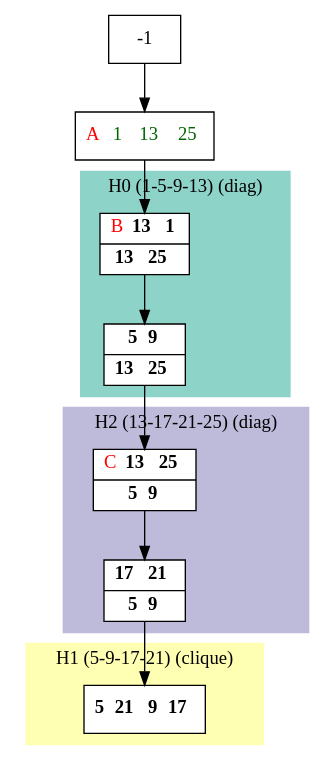
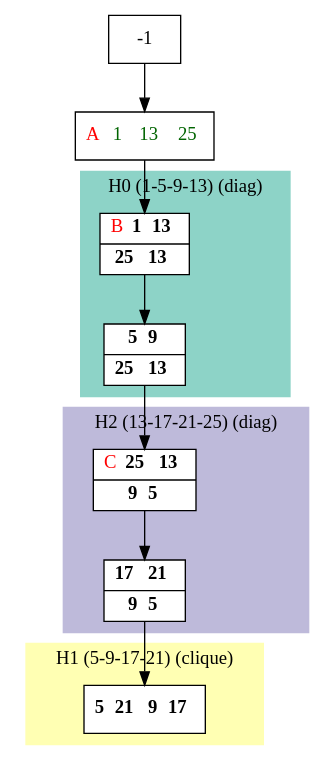
Before and after one commit to bmarchand/auto-dp: the diagram in results/compact_dot_files/compact_K.dot, drawn with Graphviz. The commit also changed 348 other files, not shown here.

```diff
--- a/results/compact_dot_files/compact_K.dot
+++ b/results/compact_dot_files/compact_K.dot
@@ -1,37 +1,37 @@
 digraph G {
     node [shape=box];
     subgraph cluster0 {
         node [style=filled,fillcolor=white];
         labeljust="l";
         style=filled;
         color="#8DD3C7";
         H0_0 -> H0_7;
         label="H0 (1-5-9-13) (diag)";
     }
     subgraph cluster1 {
         node [style=filled,fillcolor=white];
         labeljust="l";
         style=filled;
         color="#FFFFB3";
         H1_0;
         label="H1 (5-9-17-21) (clique)";
     }
     subgraph cluster2 {
         node [style=filled,fillcolor=white];
         labeljust="l";
         style=filled;
         color="#BEBADA";
         H2_0 -> H2_7;
         label="H2 (13-17-21-25) (diag)";
     }
      1 [shape=record,label= <{  <FONT COLOR="RED">A</FONT>  <FONT COLOR="DARKGREEN">1</FONT>  <FONT COLOR="DARKGREEN">13</FONT>  <FONT COLOR="DARKGREEN">25</FONT>}> ];
      -1  ->  1;
-     H0_0 [shape=record,label= <{  <FONT COLOR="RED">B</FONT> <b>13</b> <b>1</b>|  <b>13</b> <b>25</b>}> ];
+     H0_0 [shape=record,label= <{  <FONT COLOR="RED">B</FONT> <b>1</b> <b>13</b>|  <b>25</b> <b>13</b>}> ];
      1  ->  H0_0;
-     H0_7 [shape=record,label= <{ <b>5</b> <b>9</b>|  <b>13</b> <b>25</b>}> ];
-     H2_0 [shape=record,label= <{  <FONT COLOR="RED">C</FONT> <b>13</b> <b>25</b>|  <b>5</b> <b>9</b>}> ];
+     H0_7 [shape=record,label= <{ <b>5</b> <b>9</b>|  <b>25</b> <b>13</b>}> ];
+     H2_0 [shape=record,label= <{  <FONT COLOR="RED">C</FONT> <b>25</b> <b>13</b>|  <b>9</b> <b>5</b>}> ];
      H0_7  ->  H2_0;
-     H2_7 [shape=record,label= <{ <b>17</b> <b>21</b>|  <b>5</b> <b>9</b>}> ];
+     H2_7 [shape=record,label= <{ <b>17</b> <b>21</b>|  <b>9</b> <b>5</b>}> ];
      H1_0 [shape=record,label= <{ <b>5</b> <b>21</b> <b>9</b> <b>17</b>}> ];
      H2_7  ->  H1_0;
 }
```
